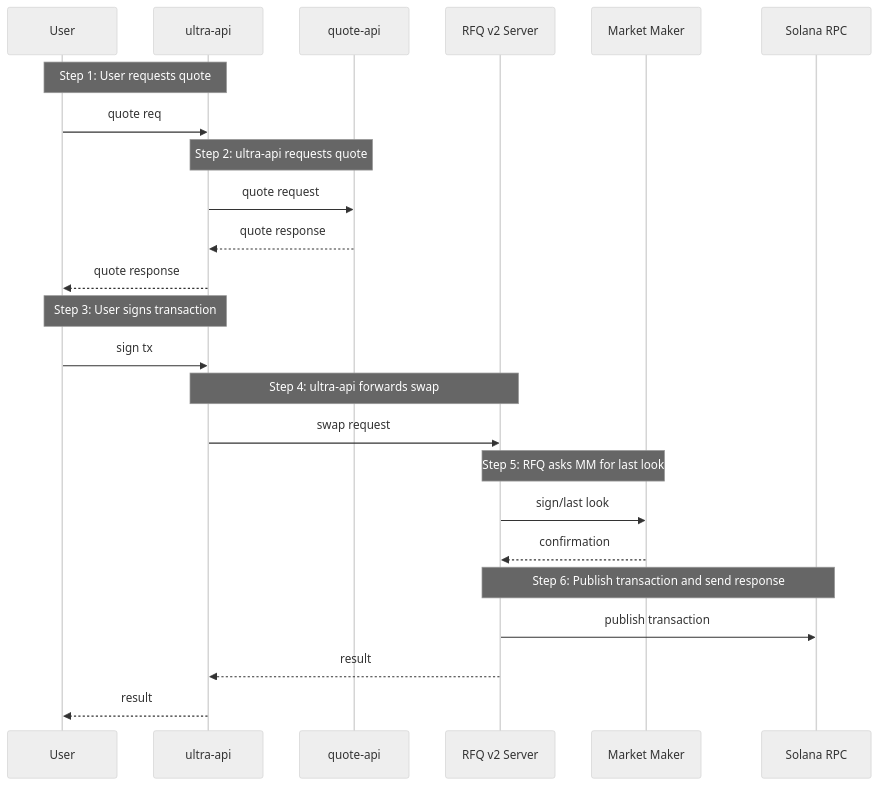
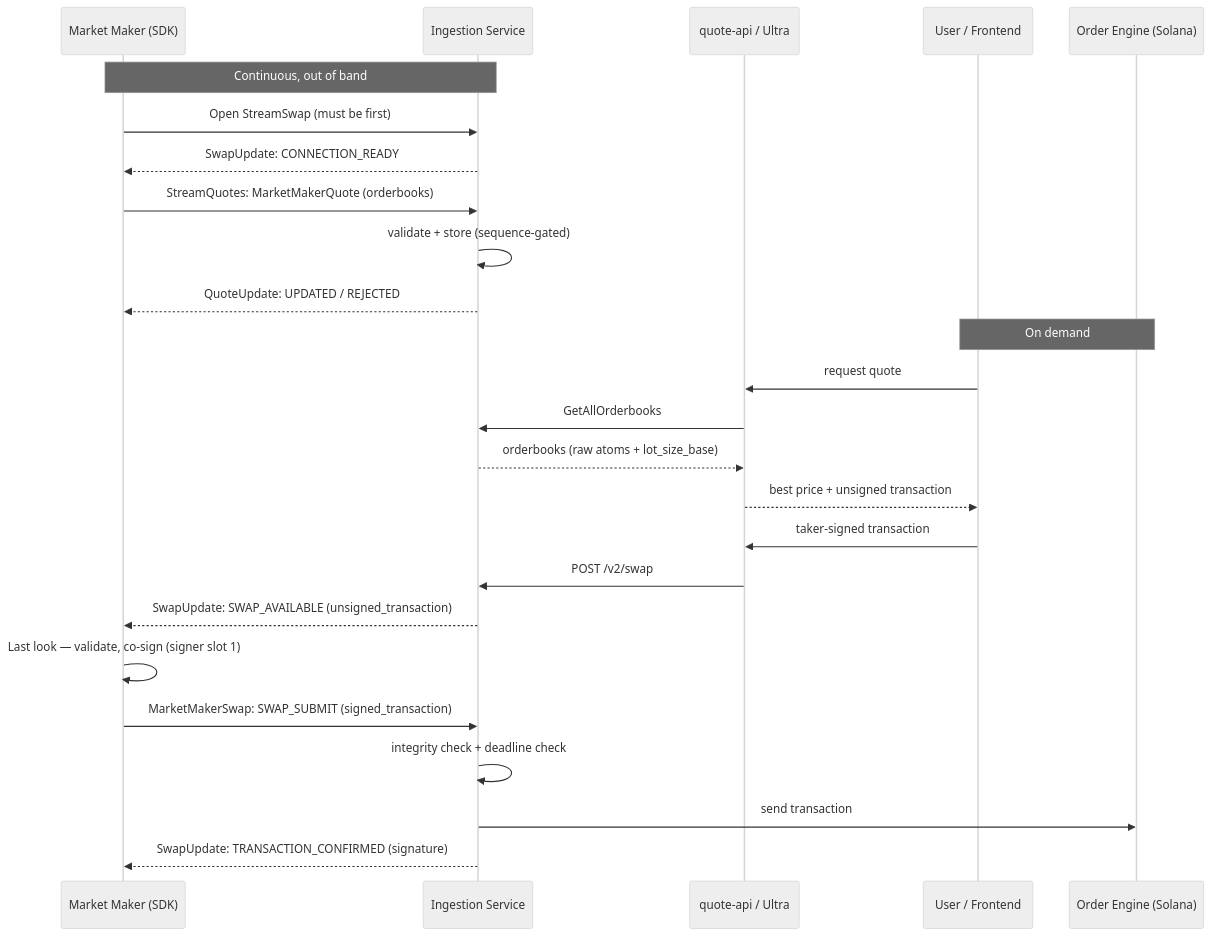
Before and after one commit to jup-ag/rfq-docs: the second of 2 diagrams in docs/v2.md, drawn with Mermaid (neutral theme). The commit also changed other lines of this file and 8 other files, not shown here.

````diff
--- a/docs/v2.md
+++ b/docs/v2.md
@@ -34,32 +62,29 @@
 ```mermaid
 sequenceDiagram
-    participant User as User
-    participant UltraAPI as ultra-api
-    participant QuoteAPI as quote-api
-    participant RFQ as RFQ v2 Server
-    participant MM as Market Maker
-    participant Solana as Solana RPC
+    participant MM as Market Maker (SDK)
+    participant ING as Ingestion Service
+    participant Q as quote-api / Ultra
+    participant FE as User / Frontend
+    participant OE as Order Engine (Solana)
 
-    Note over User,UltraAPI: Step 1: User requests quote
-    User->>UltraAPI: quote req
+    Note over MM,ING: Continuous, out of band
+    MM->>ING: Open StreamSwap (must be first)
+    ING-->>MM: SwapUpdate: CONNECTION_READY
+    MM->>ING: StreamQuotes: MarketMakerQuote (orderbooks)
+    ING->>ING: validate + store (sequence-gated)
+    ING-->>MM: QuoteUpdate: UPDATED / REJECTED
 
-    Note over UltraAPI,QuoteAPI: Step 2: ultra-api requests quote
-    UltraAPI->>QuoteAPI: quote request
-    QuoteAPI-->>UltraAPI: quote response
-    UltraAPI-->>User: quote response
-
-    Note over User,UltraAPI: Step 3: User signs transaction
-    User->>UltraAPI: sign tx
-
-    Note over UltraAPI,RFQ: Step 4: ultra-api forwards swap
-    UltraAPI->>RFQ: swap request
-
-    Note over RFQ,MM: Step 5: RFQ asks MM for last look
-    RFQ->>MM: sign/last look
-    MM-->>RFQ: confirmation
-
-    Note over RFQ,Solana: Step 6: Publish transaction and send response
-    RFQ->>Solana: publish transaction
-    RFQ-->>UltraAPI: result
-    UltraAPI-->>User: result
+    Note over FE,OE: On demand
+    FE->>Q: request quote
+    Q->>ING: GetAllOrderbooks
+    ING-->>Q: orderbooks (raw atoms + lot_size_base)
+    Q-->>FE: best price + unsigned transaction
+    FE->>Q: taker-signed transaction
+    Q->>ING: POST /v2/swap
+    ING-->>MM: SwapUpdate: SWAP_AVAILABLE (unsigned_transaction)
+    MM->>MM: Last look — validate, co-sign (signer slot 1)
+    MM->>ING: MarketMakerSwap: SWAP_SUBMIT (signed_transaction)
+    ING->>ING: integrity check + deadline check
+    ING->>OE: send transaction
+    ING-->>MM: SwapUpdate: TRANSACTION_CONFIRMED (signature)
 ```
````
